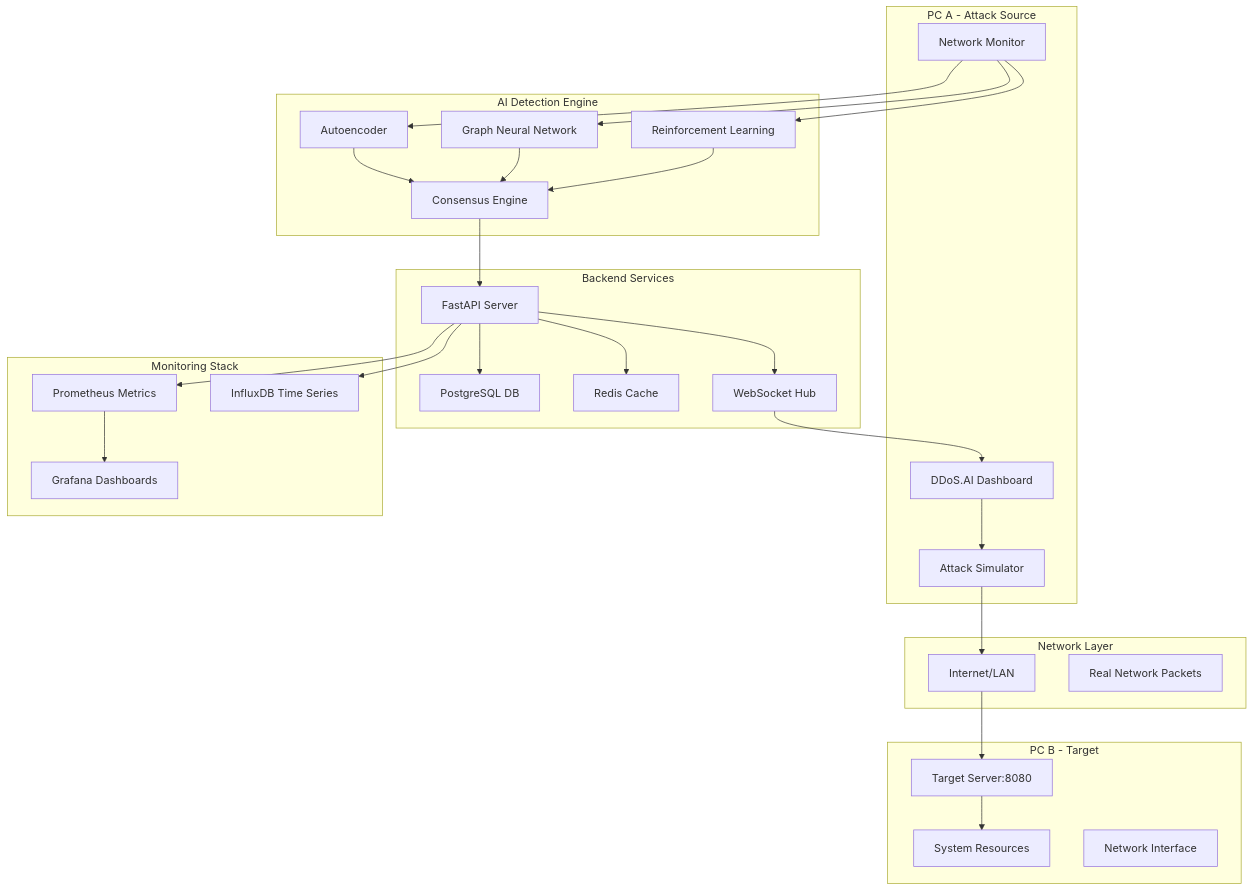
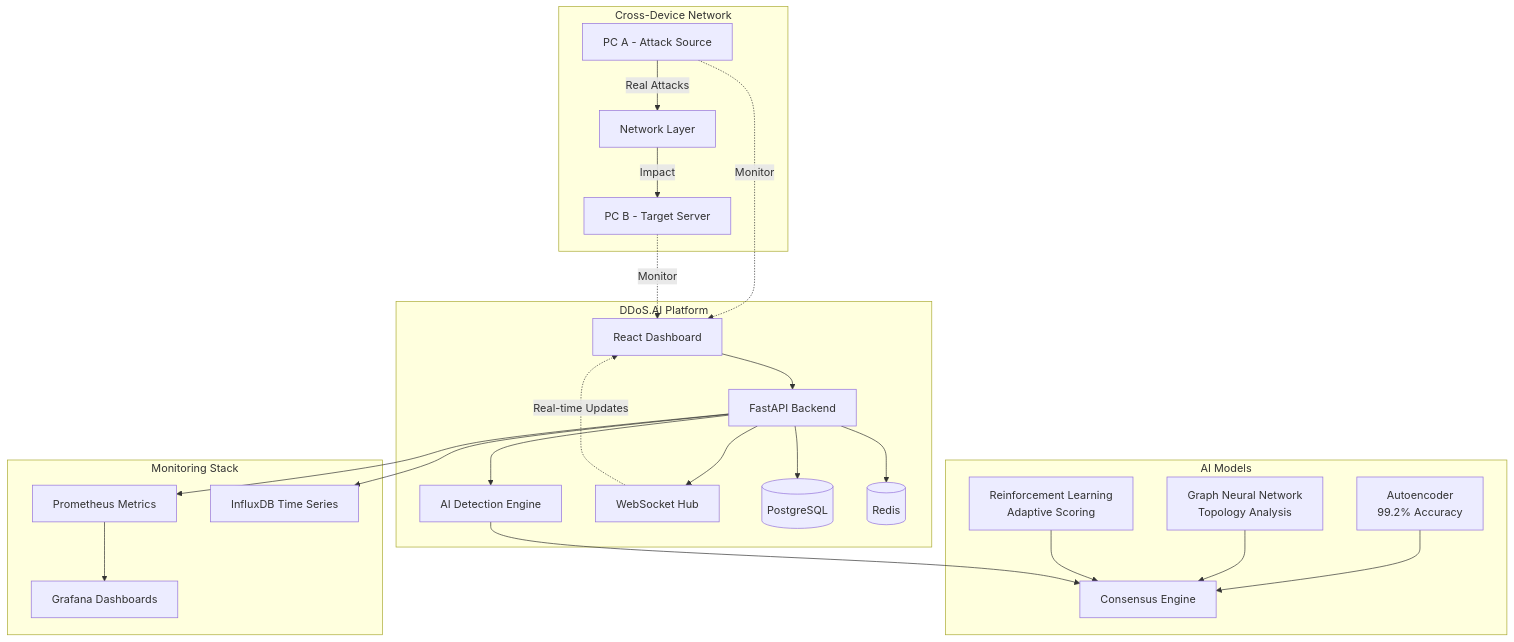
One commit to AskitEndo/DDOSai_v2 changed the diagram in README.md. Above: the diagram before and after it, drawn with Mermaid. The commit also changed other lines of this file and 1 other file, not shown here.

````diff
--- a/README.md
+++ b/README.md
@@ -378,61 +64,48 @@
 ```mermaid
 graph TB
-    subgraph "PC A - Attack Source"
-        A1[DDoS.AI Dashboard]
-        A2[Attack Simulator]
-        A3[Network Monitor]
+    subgraph "Cross-Device Network"
+        PC_A[PC A - Attack Source]
+        PC_B[PC B - Target Server]
+        NET[Network Layer]
+        PC_A -->|Real Attacks| NET
+        NET -->|Impact| PC_B
     end
 
-    subgraph "Network Layer"
-        N1[Internet/LAN]
-        N2[Real Network Packets]
+    subgraph "DDoS.AI Platform"
+        DASH[React Dashboard]
+        API[FastAPI Backend]
+        AI[AI Detection Engine]
+        WS[WebSocket Hub]
+        DB[(PostgreSQL)]
+        CACHE[(Redis)]
     end
 
-    subgraph "PC B - Target"
-        B1[Target Server:8080]
-        B2[System Resources]
-        B3[Network Interface]
-    end
-
-    subgraph "AI Detection Engine"
-        AI1[Autoencoder]
-        AI2[Graph Neural Network]
-        AI3[Reinforcement Learning]
-        AI4[Consensus Engine]
-    end
-
-    subgraph "Backend Services"
-        BE1[FastAPI Server]
-        BE2[PostgreSQL DB]
-        BE3[Redis Cache]
-        BE4[WebSocket Hub]
+    subgraph "AI Models"
+        AE[Autoencoder<br/>99.2% Accuracy]
+        GNN[Graph Neural Network<br/>Topology Analysis]
+        RL[Reinforcement Learning<br/>Adaptive Scoring]
+        CONS[Consensus Engine]
+        AE --> CONS
+        GNN --> CONS
+        RL --> CONS
     end
 
     subgraph "Monitoring Stack"
-        M1[Prometheus Metrics]
-        M2[Grafana Dashboards]
-        M3[InfluxDB Time Series]
+        PROM[Prometheus Metrics]
+        GRAF[Grafana Dashboards]
+        INFLUX[InfluxDB Time Series]
     end
 
-    A1 --> A2
-    A2 --> N1
-    N1 --> B1
-    B1 --> B2
-
-    A3 --> AI1
-    A3 --> AI2
-    A3 --> AI3
-    AI1 --> AI4
-    AI2 --> AI4
-    AI3 --> AI4
-
-    AI4 --> BE1
-    BE1 --> BE2
-    BE1 --> BE3
-    BE1 --> BE4
-    BE4 --> A1
-
-    BE1 --> M1
-    M1 --> M2
-    BE1 --> M3
+    PC_A -.->|Monitor| DASH
+    PC_B -.->|Monitor| DASH
+    DASH --> API
+    API --> AI
+    AI --> CONS
+    API --> WS
+    API --> DB
+    API --> CACHE
+    WS -.->|Real-time Updates| DASH
+    API --> PROM
+    PROM --> GRAF
+    API --> INFLUX
 ```
````
